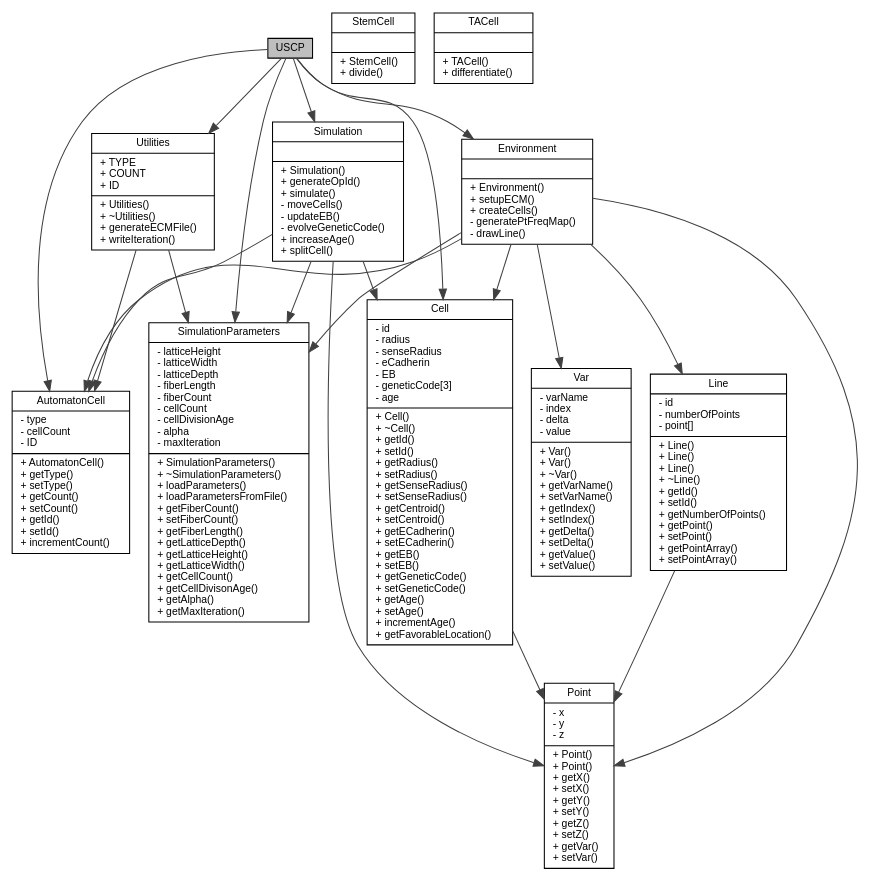
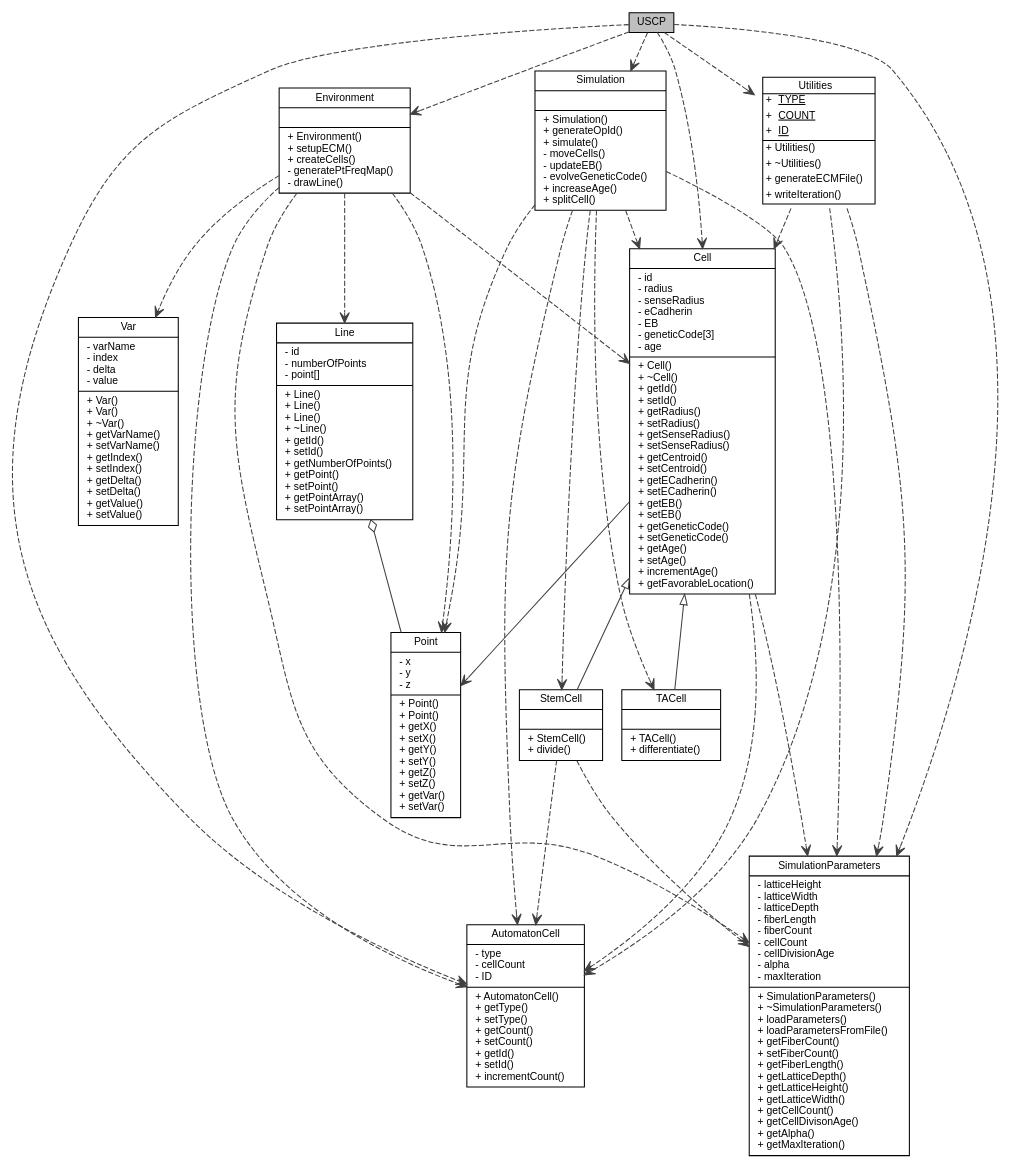
The diagram in docs/diag/class_diag.dot (abhaymittal/Model-Stem-Cells), drawn with Graphviz before and after one commit. The commit also changed other lines of this file and 1 other file, not shown here.

Commit message:
CLASS_DIAG => Updated the class diagram, also fixed the representation

```diff
--- a/docs/diag/class_diag.dot
+++ b/docs/diag/class_diag.dot
@@ -1,72 +1,82 @@
 digraph "Class_Diagram" {
 	
 	//----------------------------------------------------------------------------------------------
 	edge [fontname="Helvetica",fontsize="10",labelfontname="Helvetica",labelfontsize="10"];
 
 node [fontname="Helvetica",fontsize="10",shape=record];
 //----------------------------------------------------------------------------------------------
 
 uscp [label="USCP",height=0.2,width=0.4,color="black", fillcolor="grey75", style="filled" fontcolor="black"];
 
 //----------------------------------------------------------------------------------------------
 automaton_cell [label="{AutomatonCell\n|- type\l- cellCount\l- ID\l|+ AutomatonCell()\l+ getType()\l+ setType()\l+ getCount()\l+ setCount()\l+ getId()\l+ setId()\l+ incrementCount()\l}",height=0.2,width=0.4,color="black", fillcolor="white", style="filled" fontcolor="black"];
 
 //----------------------------------------------------------------------------------------------
 cell [label="{Cell\n|- id\l- radius\l- senseRadius\l- eCadherin\l- EB\l- geneticCode[3]\l- age\l|+ Cell()\l+ ~Cell()\l+ getId()\l+ setId()\l+ getRadius()\l+ setRadius()\l+ getSenseRadius()\l+ setSenseRadius()\l+ getCentroid()\l+ setCentroid()\l+ getECadherin()\l+ setECadherin()\l+ getEB()\l+ setEB()\l+ getGeneticCode()\l+ setGeneticCode()\l+ getAge()\l+ setAge()\l+ incrementAge()\l+ getFavorableLocation()\l}",height=0.2,width=0.4,color="black", fillcolor="white", style="filled" fontcolor="black"];
 
 //----------------------------------------------------------------------------------------------
 environment [label="{Environment\n||+ Environment()\l+ setupECM()\l+ createCells()\l- generatePtFreqMap()\l- drawLine()\l}",height=0.2,width=0.4,color="black", fillcolor="white", style="filled" fontcolor="black"];
 
 //----------------------------------------------------------------------------------------------
 line [label="{Line\n|- id\l- numberOfPoints\l- point[]\l|+ Line()\l+ Line()\l+ Line()\l+ ~Line()\l+ getId()\l+ setId()\l+ getNumberOfPoints()\l+ getPoint()\l+ setPoint()\l+ getPointArray()\l+ setPointArray()\l}",height=0.2,width=0.4,color="black", fillcolor="white", style="filled" fontcolor="black"];
 
 //----------------------------------------------------------------------------------------------
 point [label="{Point\n|- x\l- y\l- z\l|+ Point()\l+ Point()\l+ getX()\l+ setX()\l+ getY()\l+ setY()\l+ getZ()\l+ setZ()\l+ getVar()\l+ setVar()\l}",height=0.2,width=0.4,color="black", fillcolor="white", style="filled" fontcolor="black"];
 
 //----------------------------------------------------------------------------------------------
 simulation [label="{Simulation\n||+ Simulation()\l+ generateOpId()\l+ simulate()\l- moveCells()\l- updateEB()\l- evolveGeneticCode()\l+ increaseAge()\l+ splitCell()\l}",height=0.2,width=0.4,color="black", fillcolor="white", style="filled" fontcolor="black"];
 
 //----------------------------------------------------------------------------------------------
 simulation_param [label="{SimulationParameters\n|- latticeHeight\l- latticeWidth\l- latticeDepth\l- fiberLength\l- fiberCount\l- cellCount\l- cellDivisionAge\l- alpha\l- maxIteration\l|+ SimulationParameters()\l+ ~SimulationParameters()\l+ loadParameters()\l+ loadParametersFromFile()\l+ getFiberCount()\l+ setFiberCount()\l+ getFiberLength()\l+ getLatticeDepth()\l+ getLatticeHeight()\l+ getLatticeWidth()\l+ getCellCount()\l+ getCellDivisonAge()\l+ getAlpha()\l+ getMaxIteration()\l}",height=0.2,width=0.4,color="black", fillcolor="white", style="filled" fontcolor="black"];
 
 //----------------------------------------------------------------------------------------------
-utilities [label="{Utilities\n|+ TYPE\l+ COUNT\l+ ID\l|+ Utilities()\l+ ~Utilities()\l+ generateECMFile()\l+ writeIteration()\l}",height=0.2,width=0.4,color="black", fillcolor="white", style="filled" fontcolor="black"];
+utilities [label=<<TABLE ALIGN="LEFT" CELLBORDER="0" CELLSPACING="0" ><TR><TD>Utilities</TD></TR><HR/><TR><TD ALIGN="LEFT">+ <u>TYPE</u></TD></TR><TR><TD ALIGN="LEFT">+ <U>COUNT</U></TD></TR><TR><TD ALIGN="LEFT">+ <U>ID</U></TD></TR><HR/><TR><TD ALIGN="LEFT">+ Utilities()</TD></TR><TR><TD ALIGN="LEFT">+ ~Utilities()</TD></TR><TR><TD ALIGN="LEFT">+ generateECMFile()</TD></TR><TR><TD ALIGN="LEFT">+ writeIteration()</TD></TR></TABLE>>,shape=plaintext,height=0.2,width=0.4,color="black", fillcolor="white", style="filled" fontcolor="black"];
 
 //----------------------------------------------------------------------------------------------
 var [label="{Var\n|- varName\l- index\l- delta\l- value\l|+ Var()\l+ Var()\l+ ~Var()\l+ getVarName()\l+ setVarName()\l+ getIndex()\l+ setIndex()\l+ getDelta()\l+ setDelta()\l+ getValue()\l+ setValue()\l}",height=0.2,width=0.4,color="black", fillcolor="white", style="filled" fontcolor="black"];
 
 //----------------------------------------------------------------------------------------------
 stem_cell [label="{StemCell\n||+ StemCell()\l+ divide()\l}",height=0.2,width=0.4,color="black", fillcolor="white", style="filled" fontcolor="black"];
 
 //----------------------------------------------------------------------------------------------
 ta_cell [label="{TACell\n||+ TACell()\l+ differentiate()\l}",height=0.2,width=0.4,color="black", fillcolor="white", style="filled" fontcolor="black"];
 
+
 //----------------------------------------------------------------------------------------------
-uscp -> automaton_cell
- [color="grey25",fontsize="10",style="solid" ,fontname="Helvetica"];
-uscp -> cell [color="grey25",fontsize="10",style="solid" ,fontname="Helvetica"];
-uscp -> environment [color="grey25",fontsize="10",style="solid" ,fontname="Helvetica"];
-uscp -> simulation [color="grey25",fontsize="10",style="solid" ,fontname="Helvetica"];
-uscp -> simulation_param [color="grey25",fontsize="10",style="solid" ,fontname="Helvetica"];
-uscp -> utilities [color="grey25",fontsize="10",style="solid" ,fontname="Helvetica"];
+uscp -> automaton_cell [color="grey25",fontsize="10",style="dashed" ,fontname="Helvetica",arrowhead=vee];
+uscp -> cell [color="grey25",fontsize="10",style="dashed" ,fontname="Helvetica",arrowhead=vee];
+uscp -> environment [color="grey25",fontsize="10",style="dashed" ,fontname="Helvetica",arrowhead=vee];
+uscp -> simulation [color="grey25",fontsize="10",style="dashed" ,fontname="Helvetica",arrowhead=vee];
+uscp -> simulation_param [color="grey25",fontsize="10",style="dashed" ,fontname="Helvetica",arrowhead=vee];
+uscp -> utilities [color="grey25",fontsize="10",style="dashed" ,fontname="Helvetica",arrowhead=vee];
 
-cell -> point [color="grey25",fontsize="10",style="solid" ,fontname="Helvetica"];
+cell -> point [color="grey25",fontsize="10",style="solid" ,fontname="Helvetica" arrowhead=vee];
+cell -> automaton_cell [color="grey25",fontsize="10",style="dashed" ,fontname="Helvetica",arrowhead=vee];
+cell -> simulation_param [color="grey25",fontsize="10",style="dashed" ,fontname="Helvetica",arrowhead=vee];
+cell -> stem_cell [color="grey25",fontsize="10",style="solid" ,fontname="Helvetica" dir="back" arrowtail=empty];
+cell -> ta_cell [color="grey25",fontsize="10",style="solid" ,fontname="Helvetica" dir="back" arrowtail=empty];
 
-environment -> automaton_cell [color="grey25",fontsize="10",style="solid" ,fontname="Helvetica"];
-environment -> cell [color="grey25",fontsize="10",style="solid" ,fontname="Helvetica"];
-environment -> line [color="grey25",fontsize="10",style="solid" ,fontname="Helvetica"];
-environment -> point [color="grey25",fontsize="10",style="solid" ,fontname="Helvetica"];
-environment -> simulation_param [color="grey25",fontsize="10",style="solid" ,fontname="Helvetica"];
-environment -> var [color="grey25",fontsize="10",style="solid" ,fontname="Helvetica"];
+environment -> automaton_cell [color="grey25",fontsize="10",style="dashed" ,fontname="Helvetica",arrowhead=vee];
+environment -> cell [color="grey25",fontsize="10",style="dashed" ,fontname="Helvetica",arrowhead=vee];
+environment -> line [color="grey25",fontsize="10",style="dashed" ,fontname="Helvetica",arrowhead=vee];
+environment -> point [color="grey25",fontsize="10",style="dashed" ,fontname="Helvetica",arrowhead=vee];
+environment -> simulation_param [color="grey25",fontsize="10",style="dashed" ,fontname="Helvetica",arrowhead=vee];
+environment -> var [color="grey25",fontsize="10",style="dashed" ,fontname="Helvetica",arrowhead=vee];
 
-line -> point [color="grey25",fontsize="10",style="solid" ,fontname="Helvetica"];
+line -> point [color="grey25",fontsize="10",style="solid" ,fontname="Helvetica" dir="back" arrowtail=ediamond];
 
-simulation -> automaton_cell [color="grey25",fontsize="10",style="solid" ,fontname="Helvetica"];
-simulation -> cell [color="grey25",fontsize="10",style="solid" ,fontname="Helvetica"];
-simulation -> point [color="grey25",fontsize="10",style="solid" ,fontname="Helvetica"];
-simulation -> simulation_param [color="grey25",fontsize="10",style="solid" ,fontname="Helvetica"];
+simulation -> automaton_cell [color="grey25",fontsize="10",style="dashed" ,fontname="Helvetica",arrowhead=vee];
+simulation -> cell [color="grey25",fontsize="10",style="dashed" ,fontname="Helvetica",arrowhead=vee];
+simulation -> point [color="grey25",fontsize="10",style="dashed" ,fontname="Helvetica",arrowhead=vee];
+simulation -> simulation_param [color="grey25",fontsize="10",style="dashed" ,fontname="Helvetica",arrowhead=vee];
+simulation -> stem_cell [color="grey25",fontsize="10",style="dashed" ,fontname="Helvetica",arrowhead=vee];
+simulation -> ta_cell [color="grey25",fontsize="10",style="dashed" ,fontname="Helvetica",arrowhead=vee];
 
-utilities -> automaton_cell [color="grey25",fontsize="10",style="solid" ,fontname="Helvetica"];
-utilities -> simulation_param [color="grey25",fontsize="10",style="solid" ,fontname="Helvetica"];
+utilities -> automaton_cell [color="grey25",fontsize="10",style="dashed" ,fontname="Helvetica",arrowhead=vee];
+utilities -> simulation_param [color="grey25",fontsize="10",style="dashed" ,fontname="Helvetica",arrowhead=vee];
+utilities -> cell [color="grey25",fontsize="10",style="dashed" ,fontname="Helvetica",arrowhead=vee];
+
+stem_cell -> automaton_cell [color="grey25",fontsize="10",style="dashed" ,fontname="Helvetica",arrowhead=vee];
+stem_cell -> simulation_param [color="grey25",fontsize="10",style="dashed" ,fontname="Helvetica",arrowhead=vee];
 
 }
```
